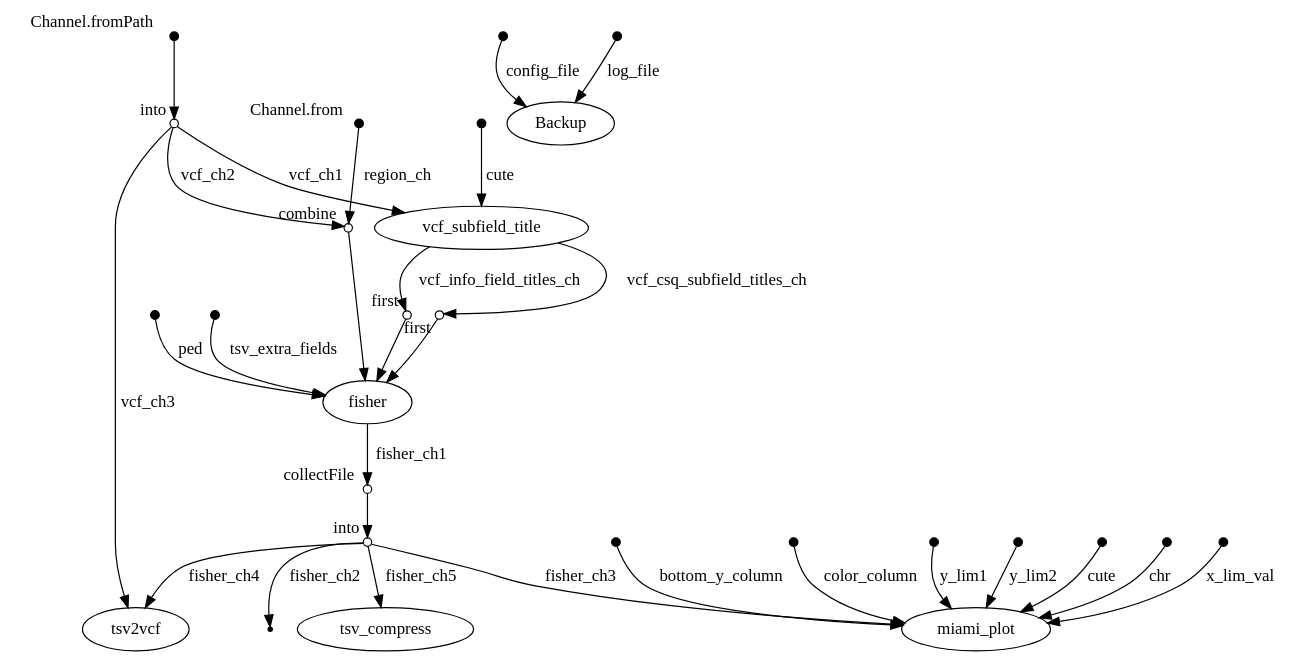
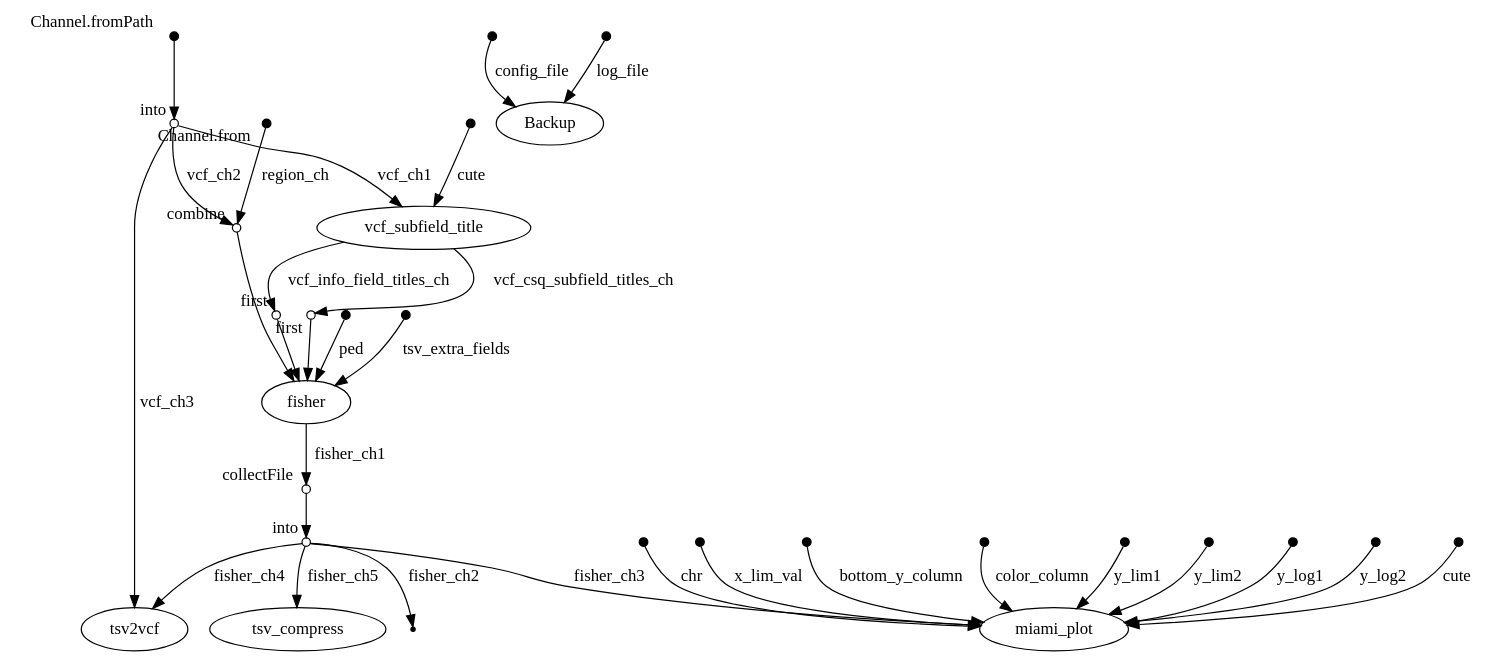
Before and after one commit to gael-millot/fisher_for_vcf: the diagram in example_of_results/PL_family_WGS_fisher_1667491523/reports/dag.dot, drawn with Graphviz. The commit also changed 12 other files, not shown here.

Commit message:
release v2.3: miamiplot: log10 scale and alignment of graphics

```diff
--- a/example_of_results/PL_family_WGS_fisher_1667491523/reports/dag.dot
+++ b/example_of_results/PL_family_WGS_fisher_1667491523/reports/dag.dot
@@ -1,114 +1,122 @@
 digraph "dag" {
 p0 [shape=point,label="",fixedsize=true,width=0.1,xlabel="Channel.fromPath"];
 p1 [shape=circle,label="",fixedsize=true,width=0.1,xlabel="into"];
 p0 -> p1;
 
 p1 [shape=circle,label="",fixedsize=true,width=0.1,xlabel="into"];
+p6 [shape=circle,label="",fixedsize=true,width=0.1,xlabel="combine"];
+p1 -> p6 [label="vcf_ch2"];
+
+p1 [shape=circle,label="",fixedsize=true,width=0.1,xlabel="into"];
 p5 [label="vcf_subfield_title"];
 p1 -> p5 [label="vcf_ch1"];
 
 p1 [shape=circle,label="",fixedsize=true,width=0.1,xlabel="into"];
-p6 [shape=circle,label="",fixedsize=true,width=0.1,xlabel="combine"];
-p1 -> p6 [label="vcf_ch2"];
-
-p1 [shape=circle,label="",fixedsize=true,width=0.1,xlabel="into"];
-p23 [label="tsv2vcf"];
-p1 -> p23 [label="vcf_ch3"];
+p25 [label="tsv2vcf"];
+p1 -> p25 [label="vcf_ch3"];
 
 p2 [shape=point,label="",fixedsize=true,width=0.1,xlabel="Channel.from"];
 p6 [shape=circle,label="",fixedsize=true,width=0.1,xlabel="combine"];
 p2 -> p6 [label="region_ch"];
 
 p4 [shape=point,label="",fixedsize=true,width=0.1];
 p5 [label="vcf_subfield_title"];
 p4 -> p5 [label="cute"];
 
 p5 [label="vcf_subfield_title"];
 p7 [shape=circle,label="",fixedsize=true,width=0.1,xlabel="first"];
 p5 -> p7 [label="vcf_info_field_titles_ch"];
 
 p5 [label="vcf_subfield_title"];
 p8 [shape=circle,label="",fixedsize=true,width=0.1,xlabel="first"];
 p5 -> p8 [label="vcf_csq_subfield_titles_ch"];
 
 p6 [shape=circle,label="",fixedsize=true,width=0.1,xlabel="combine"];
 p11 [label="fisher"];
 p6 -> p11;
 
 p7 [shape=circle,label="",fixedsize=true,width=0.1,xlabel="first"];
 p11 [label="fisher"];
 p7 -> p11;
 
 p8 [shape=circle,label="",fixedsize=true,width=0.1,xlabel="first"];
 p11 [label="fisher"];
 p8 -> p11;
 
 p9 [shape=point,label="",fixedsize=true,width=0.1];
 p11 [label="fisher"];
 p9 -> p11 [label="ped"];
 
 p10 [shape=point,label="",fixedsize=true,width=0.1];
 p11 [label="fisher"];
 p10 -> p11 [label="tsv_extra_fields"];
 
 p11 [label="fisher"];
 p12 [shape=circle,label="",fixedsize=true,width=0.1,xlabel="collectFile"];
 p11 -> p12 [label="fisher_ch1"];
 
 p12 [shape=circle,label="",fixedsize=true,width=0.1,xlabel="collectFile"];
 p13 [shape=circle,label="",fixedsize=true,width=0.1,xlabel="into"];
 p12 -> p13;
 
 p13 [shape=circle,label="",fixedsize=true,width=0.1,xlabel="into"];
-p23 [label="tsv2vcf"];
-p13 -> p23 [label="fisher_ch4"];
-
-p13 [shape=circle,label="",fixedsize=true,width=0.1,xlabel="into"];
-p22 [label="miami_plot"];
-p13 -> p22 [label="fisher_ch3"];
+p26 [label="tsv_compress"];
+p13 -> p26 [label="fisher_ch5"];
 
 p13 [shape=circle,label="",fixedsize=true,width=0.1,xlabel="into"];
 p14 [shape=point];
 p13 -> p14 [label="fisher_ch2"];
 
 p13 [shape=circle,label="",fixedsize=true,width=0.1,xlabel="into"];
-p24 [label="tsv_compress"];
-p13 -> p24 [label="fisher_ch5"];
+p25 [label="tsv2vcf"];
+p13 -> p25 [label="fisher_ch4"];
+
+p13 [shape=circle,label="",fixedsize=true,width=0.1,xlabel="into"];
+p24 [label="miami_plot"];
+p13 -> p24 [label="fisher_ch3"];
 
 p15 [shape=point,label="",fixedsize=true,width=0.1];
-p22 [label="miami_plot"];
-p15 -> p22 [label="chr"];
+p24 [label="miami_plot"];
+p15 -> p24 [label="chr"];
 
 p16 [shape=point,label="",fixedsize=true,width=0.1];
-p22 [label="miami_plot"];
-p16 -> p22 [label="x_lim_val"];
+p24 [label="miami_plot"];
+p16 -> p24 [label="x_lim_val"];
 
 p17 [shape=point,label="",fixedsize=true,width=0.1];
-p22 [label="miami_plot"];
-p17 -> p22 [label="bottom_y_column"];
+p24 [label="miami_plot"];
+p17 -> p24 [label="bottom_y_column"];
 
 p18 [shape=point,label="",fixedsize=true,width=0.1];
-p22 [label="miami_plot"];
-p18 -> p22 [label="color_column"];
+p24 [label="miami_plot"];
+p18 -> p24 [label="color_column"];
 
 p19 [shape=point,label="",fixedsize=true,width=0.1];
-p22 [label="miami_plot"];
-p19 -> p22 [label="y_lim1"];
+p24 [label="miami_plot"];
+p19 -> p24 [label="y_lim1"];
 
 p20 [shape=point,label="",fixedsize=true,width=0.1];
-p22 [label="miami_plot"];
-p20 -> p22 [label="y_lim2"];
+p24 [label="miami_plot"];
+p20 -> p24 [label="y_lim2"];
 
 p21 [shape=point,label="",fixedsize=true,width=0.1];
-p22 [label="miami_plot"];
-p21 -> p22 [label="cute"];
+p24 [label="miami_plot"];
+p21 -> p24 [label="y_log1"];
 
-p25 [shape=point,label="",fixedsize=true,width=0.1];
-p27 [label="Backup"];
-p25 -> p27 [label="config_file"];
+p22 [shape=point,label="",fixedsize=true,width=0.1];
+p24 [label="miami_plot"];
+p22 -> p24 [label="y_log2"];
 
-p26 [shape=point,label="",fixedsize=true,width=0.1];
-p27 [label="Backup"];
-p26 -> p27 [label="log_file"];
+p23 [shape=point,label="",fixedsize=true,width=0.1];
+p24 [label="miami_plot"];
+p23 -> p24 [label="cute"];
+
+p27 [shape=point,label="",fixedsize=true,width=0.1];
+p29 [label="Backup"];
+p27 -> p29 [label="config_file"];
+
+p28 [shape=point,label="",fixedsize=true,width=0.1];
+p29 [label="Backup"];
+p28 -> p29 [label="log_file"];
 
 }
```
